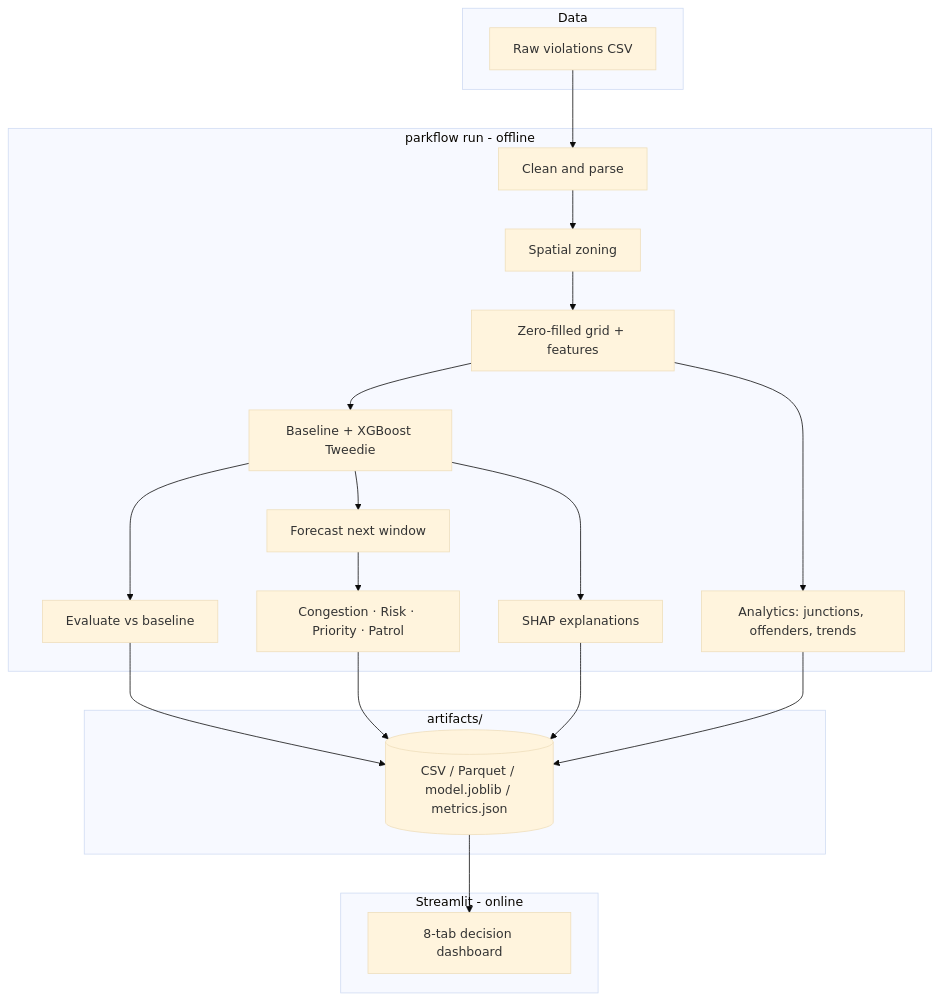
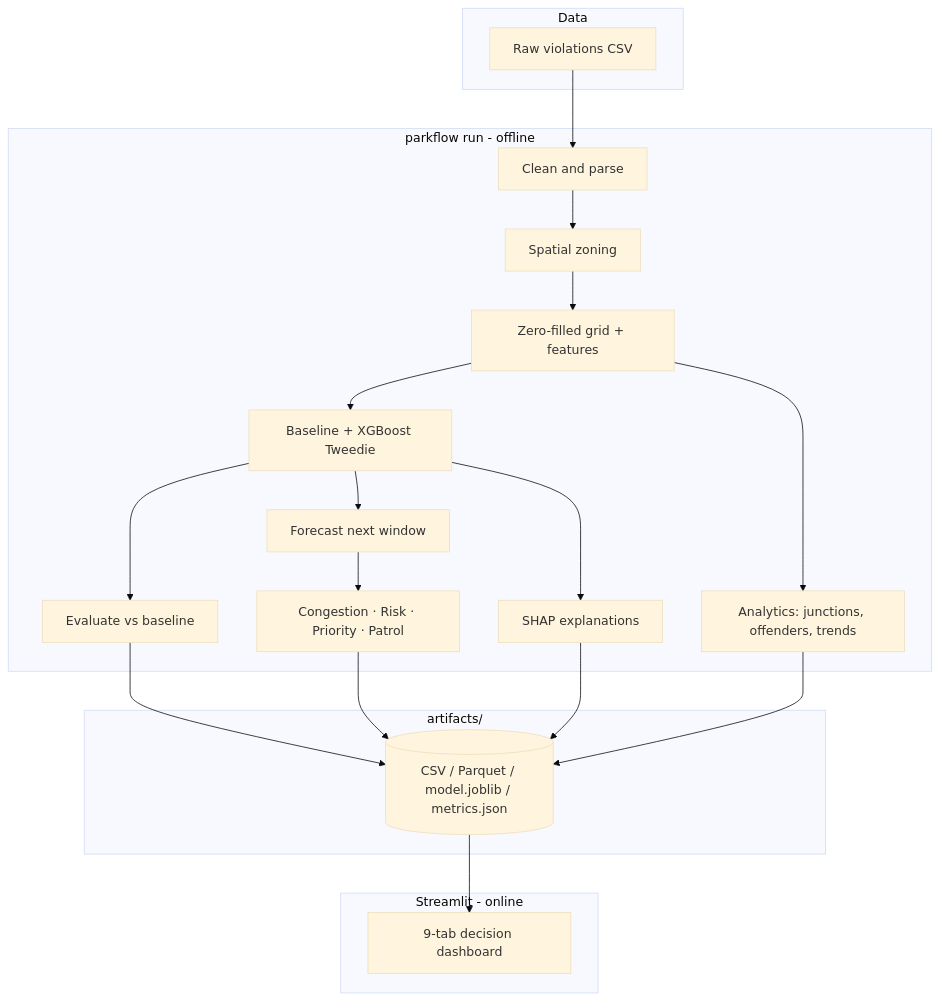
Before and after one commit to SajeevSenthil/ParkFlow-AI: the second of 3 diagrams in README.md, drawn with Mermaid (base theme). The commit also changed other lines of this file, not shown here.

Commit message:
docs: fix tab count, displacement numbers and how-it-works diagram; remove links section

````diff
--- a/README.md
+++ b/README.md
@@ -75,28 +75,28 @@
 ```mermaid
 flowchart TD
   subgraph Data
     R[Raw violations CSV]
   end
   subgraph Pipeline["parkflow run - offline"]
     P1[Clean and parse] --> P2[Spatial zoning]
     P2 --> P3[Zero-filled grid + features]
     P3 --> P4[Baseline + XGBoost Tweedie]
     P4 --> P5[Evaluate vs baseline]
     P4 --> P6[Forecast next window]
     P6 --> P7[Congestion · Risk · Priority · Patrol]
     P4 --> P8[SHAP explanations]
     P3 --> P9[Analytics: junctions, offenders, trends]
   end
   subgraph Artifacts["artifacts/"]
     AR[(CSV / Parquet / model.joblib / metrics.json)]
   end
   subgraph UI["Streamlit - online"]
-    D[8-tab decision dashboard]
+    D[9-tab decision dashboard]
   end
   R --> P1
   P5 --> AR
   P7 --> AR
   P8 --> AR
   P9 --> AR
   AR --> D
 ```
````
